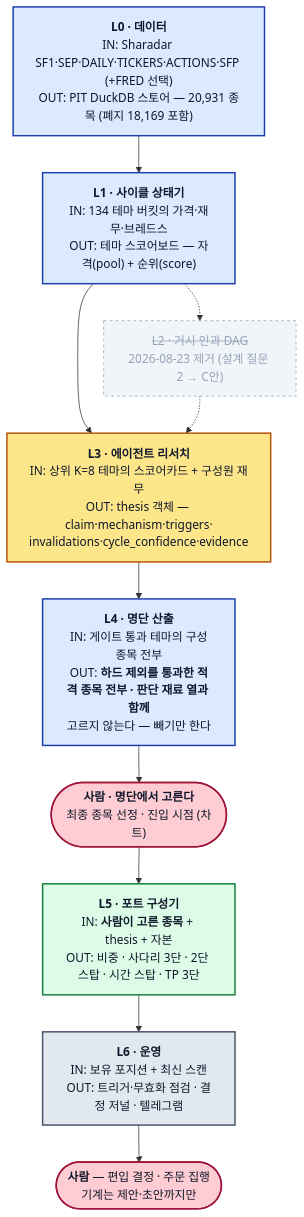
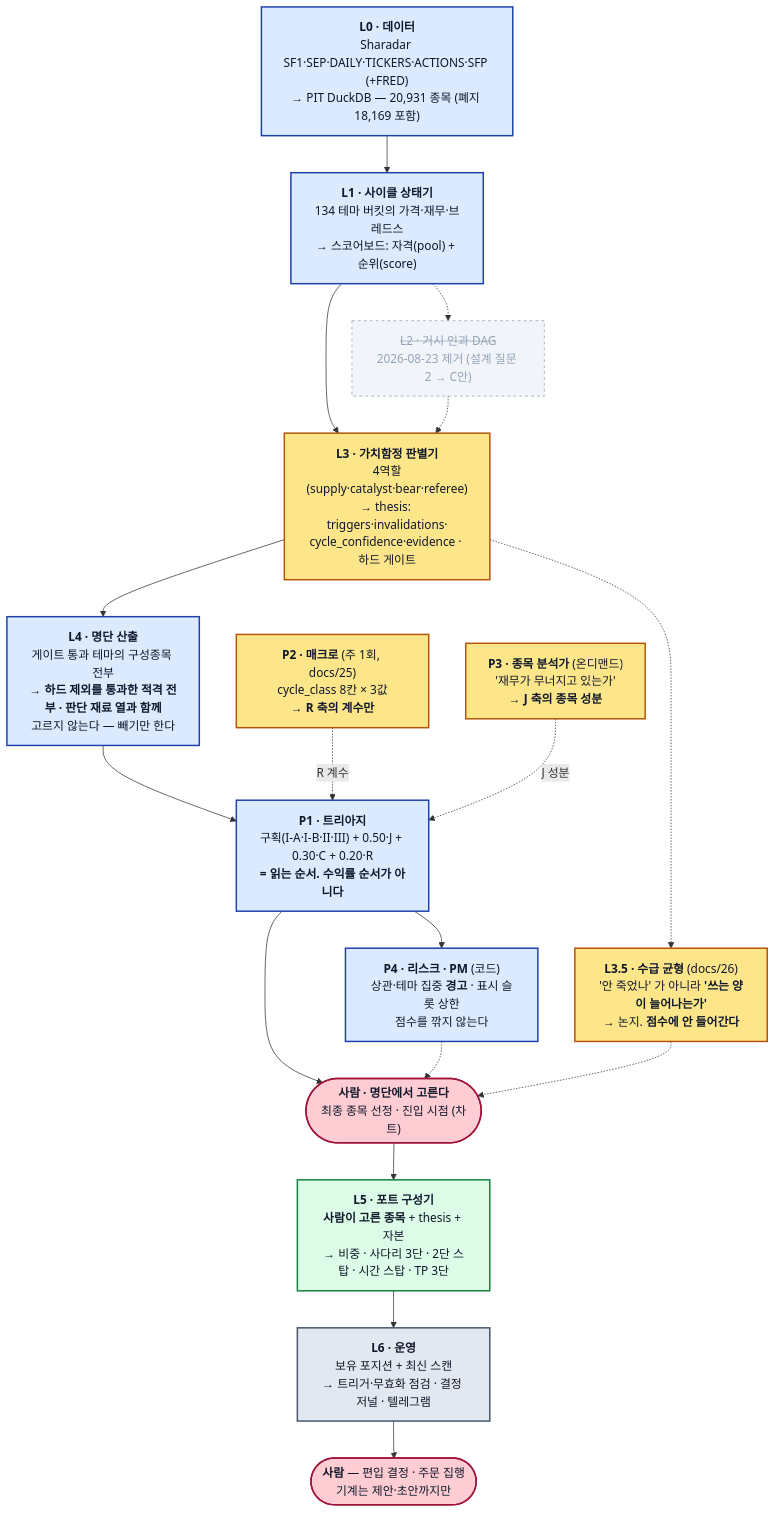
One commit to younghwan91/macro-sector-agent changed the first of 2 diagrams in README.md. Above: the diagram before and after it, drawn with Mermaid. The commit also changed other lines of this file, not shown here.

````diff
--- a/README.md
+++ b/README.md
@@ -85,30 +70,38 @@
 ```mermaid
 flowchart TD
-    L0["<b>L0 · 데이터</b><br/>IN: Sharadar SF1·SEP·DAILY·TICKERS·ACTIONS·SFP (+FRED 선택)<br/>OUT: PIT DuckDB 스토어 — 20,931 종목 (폐지 18,169 포함)"]
-    L1["<b>L1 · 사이클 상태기</b><br/>IN: 134 테마 버킷의 가격·재무·브레드스<br/>OUT: 테마 스코어보드 — 자격(pool) + 순위(score)"]
+    L0["<b>L0 · 데이터</b><br/>Sharadar SF1·SEP·DAILY·TICKERS·ACTIONS·SFP (+FRED)<br/>→ PIT DuckDB — 20,931 종목 (폐지 18,169 포함)"]
+    L1["<b>L1 · 사이클 상태기</b><br/>134 테마 버킷의 가격·재무·브레드스<br/>→ 스코어보드: 자격(pool) + 순위(score)"]
     L2["<s>L2 · 거시 인과 DAG</s><br/>2026-08-23 제거 (설계 질문 2 → C안)"]
-    L3["<b>L3 · 에이전트 리서치</b><br/>IN: 상위 K=8 테마의 스코어카드 + 구성원 재무<br/>OUT: thesis 객체 — claim·mechanism·triggers·<br/>invalidations·cycle_confidence·evidence"]
-    L4["<b>L4 · 명단 산출</b><br/>IN: 게이트 통과 테마의 구성종목 전부<br/>OUT: <b>하드 제외를 통과한 적격 종목 전부 · 판단 재료 열과 함께</b><br/>고르지 않는다 — 빼기만 한다"]
+    L3["<b>L3 · 가치함정 판별기</b><br/>4역할(supply·catalyst·bear·referee)<br/>→ thesis: triggers·invalidations·<br/>cycle_confidence·evidence · 하드 게이트"]
+    L35["<b>L3.5 · 수급 균형</b> (docs/26)<br/>'안 죽었나' 가 아니라 <b>'쓰는 양이 늘어나는가'</b><br/>→ 논지. <b>점수에 안 들어간다</b>"]
+    L4["<b>L4 · 명단 산출</b><br/>게이트 통과 테마의 구성종목 전부<br/>→ <b>하드 제외를 통과한 적격 전부 · 판단 재료 열과 함께</b><br/>고르지 않는다 — 빼기만 한다"]
+    P1["<b>P1 · 트리아지</b><br/>구획(I-A·I-B·II·III) + 0.50·J + 0.30·C + 0.20·R<br/><b>= 읽는 순서. 수익률 순서가 아니다</b>"]
+    P2["<b>P2 · 매크로</b> (주 1회, docs/25)<br/>cycle_class 8칸 × 3값<br/>→ <b>R 축의 계수만</b>"]
+    P3["<b>P3 · 종목 분석가</b> (온디맨드)<br/>'재무가 무너지고 있는가'<br/>→ <b>J 축의 종목 성분</b>"]
+    P4["<b>P4 · 리스크 · PM</b> (코드)<br/>상관·테마 집중 <b>경고</b> · 표시 슬롯 상한<br/>점수를 깎지 않는다"]
     HP(["<b>사람 · 명단에서 고른다</b><br/>최종 종목 선정 · 진입 시점 (차트)"])
-    L5["<b>L5 · 포트 구성기</b><br/>IN: <b>사람이 고른 종목</b> + thesis + 자본<br/>OUT: 비중 · 사다리 3단 · 2단 스탑 · 시간 스탑 · TP 3단"]
-    L6["<b>L6 · 운영</b><br/>IN: 보유 포지션 + 최신 스캔<br/>OUT: 트리거·무효화 점검 · 결정 저널 · 텔레그램"]
+    L5["<b>L5 · 포트 구성기</b><br/><b>사람이 고른 종목</b> + thesis + 자본<br/>→ 비중 · 사다리 3단 · 2단 스탑 · 시간 스탑 · TP 3단"]
+    L6["<b>L6 · 운영</b><br/>보유 포지션 + 최신 스캔<br/>→ 트리거·무효화 점검 · 결정 저널 · 텔레그램"]
     H(["<b>사람</b> — 편입 결정 · 주문 집행<br/>기계는 제안·초안까지만"])
 
-    L0 --> L1 --> L3 --> L4 --> HP --> L5 --> L6 --> H
-    L1 -.-> L2
-    L2 -.-> L3
+    L0 --> L1 --> L3 --> L4 --> P1 --> HP --> L5 --> L6 --> H
+    L3 -.-> L35 -.-> HP
+    P2 -.->|"R 계수"| P1
+    P3 -.->|"J 성분"| P1
+    P1 --> P4 -.-> HP
+    L1 -.-> L2 -.-> L3
 
     classDef code fill:#dbeafe,stroke:#1e40af,stroke-width:2px,color:#0f172a
     classDef llm fill:#fde68a,stroke:#b45309,stroke-width:2px,color:#0f172a
     classDef opt fill:#dcfce7,stroke:#15803d,stroke-width:2px,color:#0f172a
     classDef ops fill:#e2e8f0,stroke:#475569,stroke-width:2px,color:#0f172a
     classDef gone fill:#f1f5f9,stroke:#94a3b8,stroke-dasharray:4 4,color:#94a3b8
     classDef human fill:#fecdd3,stroke:#9f1239,stroke-width:2px,color:#0f172a
 
-    class L0,L1,L4 code
-    class L3 llm
+    class L0,L1,L4,P1,P4 code
+    class L3,L35,P2,P3 llm
     class L5 opt
     class L6 ops
     class L2 gone
     class H,HP human
 ```
````
